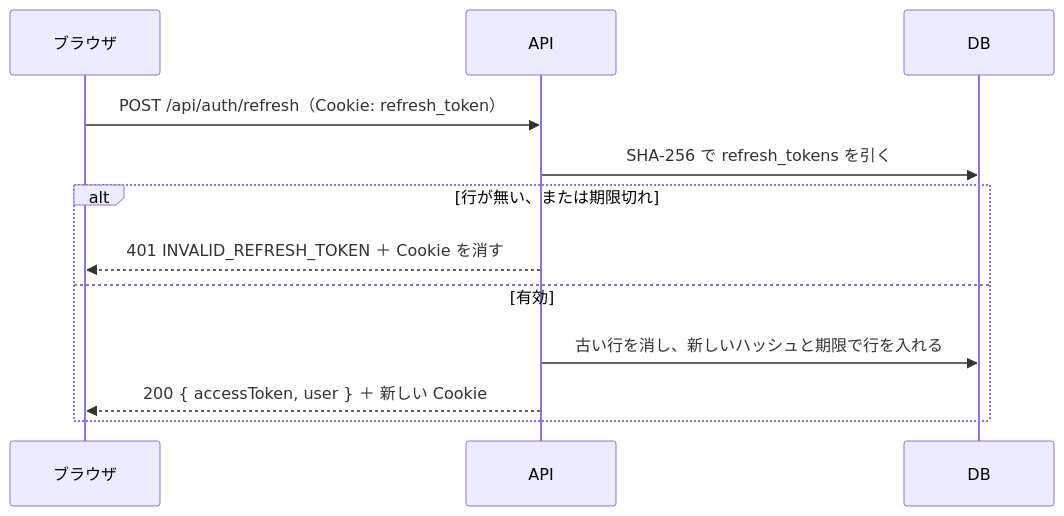
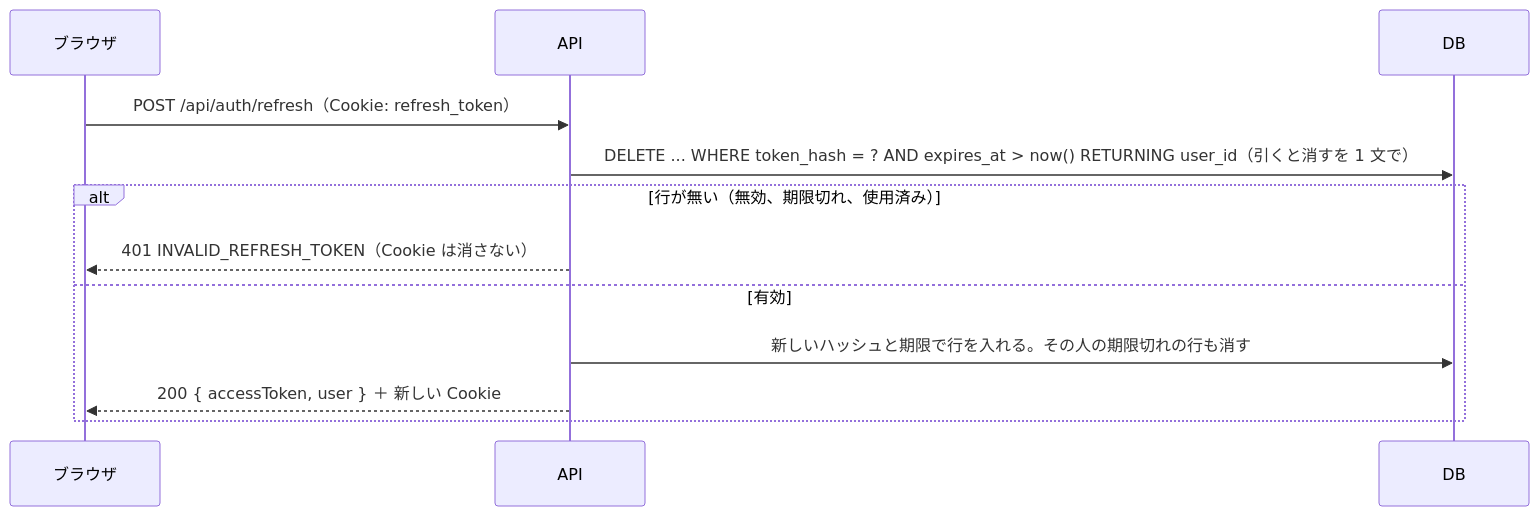
The third of 4 diagrams in docs/auth-design.md (tk-media-code/raise-timeline), drawn with Mermaid before and after one commit. The commit also changed other lines of this file and 16 other files, not shown here.

````diff
--- a/docs/auth-design.md
+++ b/docs/auth-design.md
@@ -79,14 +81,14 @@
 ```mermaid
 sequenceDiagram
     participant B as ブラウザ
     participant A as API
     participant DB
     B->>A: POST /api/auth/refresh（Cookie: refresh_token）
-    A->>DB: SHA-256 で refresh_tokens を引く
-    alt 行が無い、または期限切れ
-        A-->>B: 401 INVALID_REFRESH_TOKEN ＋ Cookie を消す
+    A->>DB: DELETE ... WHERE token_hash = ? AND expires_at > now() RETURNING user_id（引くと消すを 1 文で）
+    alt 行が無い（無効、期限切れ、使用済み）
+        A-->>B: 401 INVALID_REFRESH_TOKEN（Cookie は消さない）
     else 有効
-        A->>DB: 古い行を消し、新しいハッシュと期限で行を入れる
+        A->>DB: 新しいハッシュと期限で行を入れる。その人の期限切れの行も消す
         A-->>B: 200 { accessToken, user } ＋ 新しい Cookie
     end
 ```
````
